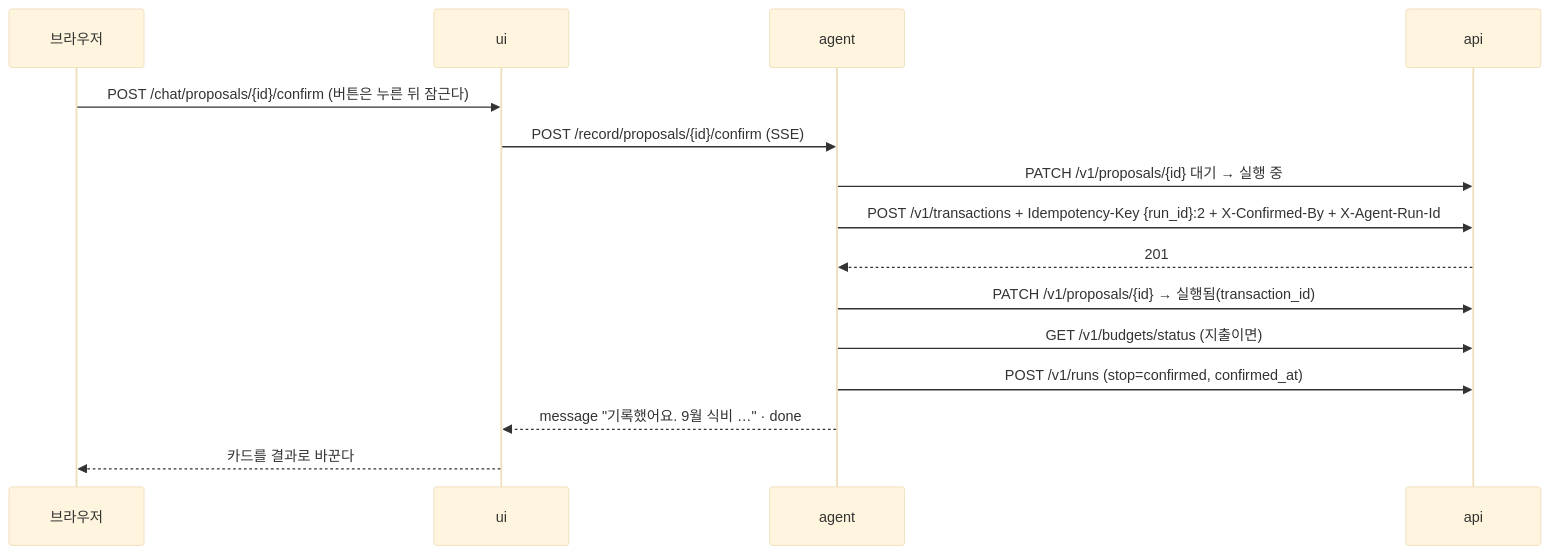
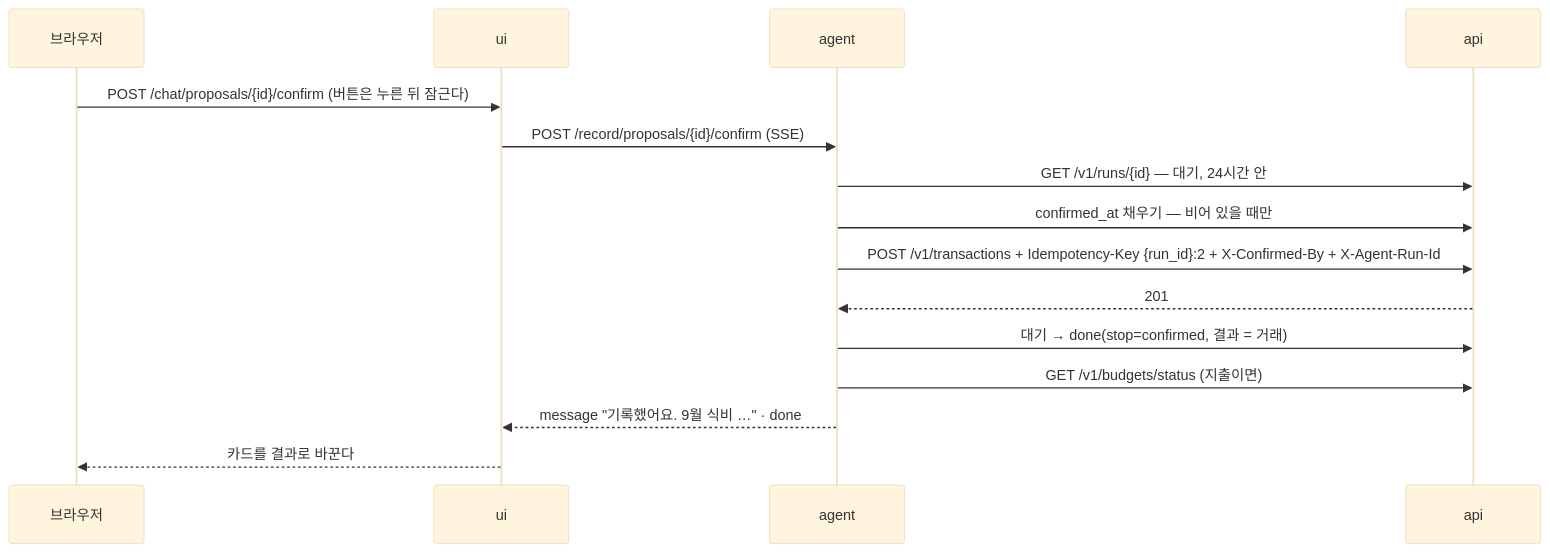
The second of 6 diagrams in docs/ai/chat-capture.md (2026-ai-service-engineering-a/account-book), drawn with Mermaid (base theme) before and after one commit. The commit also changed other lines of this file, not shown here.

````diff
--- a/docs/ai/chat-capture.md
+++ b/docs/ai/chat-capture.md
@@ -118,17 +117,17 @@
 ```mermaid
 sequenceDiagram
     participant B as 브라우저
     participant U as ui
     participant AG as agent
     participant API as api
     B->>U: POST /chat/proposals/{id}/confirm (버튼은 누른 뒤 잠근다)
     U->>AG: POST /record/proposals/{id}/confirm (SSE)
-    AG->>API: PATCH /v1/proposals/{id} 대기 → 실행 중
+    AG->>API: GET /v1/runs/{id} — 대기, 24시간 안
+    AG->>API: confirmed_at 채우기 — 비어 있을 때만
     AG->>API: POST /v1/transactions + Idempotency-Key {run_id}:2 + X-Confirmed-By + X-Agent-Run-Id
     API-->>AG: 201
-    AG->>API: PATCH /v1/proposals/{id} → 실행됨(transaction_id)
+    AG->>API: 대기 → done(stop=confirmed, 결과 = 거래)
     AG->>API: GET /v1/budgets/status (지출이면)
-    AG->>API: POST /v1/runs (stop=confirmed, confirmed_at)
     AG-->>U: message "기록했어요. 9월 식비 …" · done
     U-->>B: 카드를 결과로 바꾼다
 ```
````
